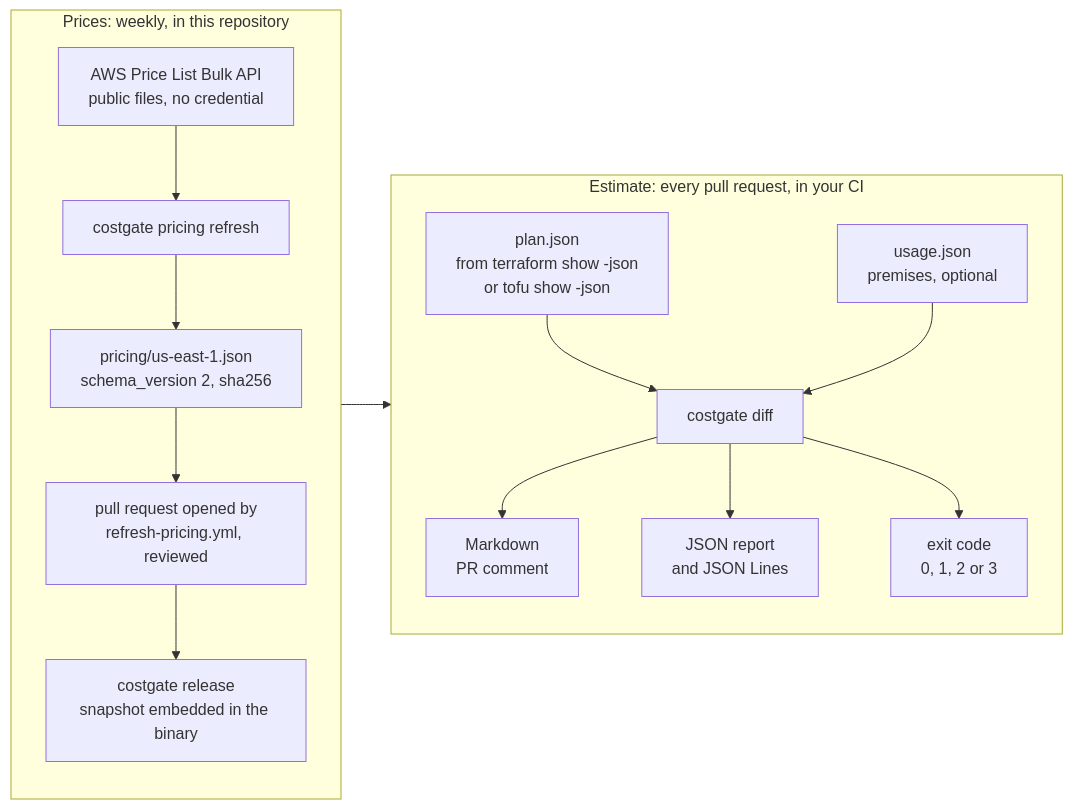
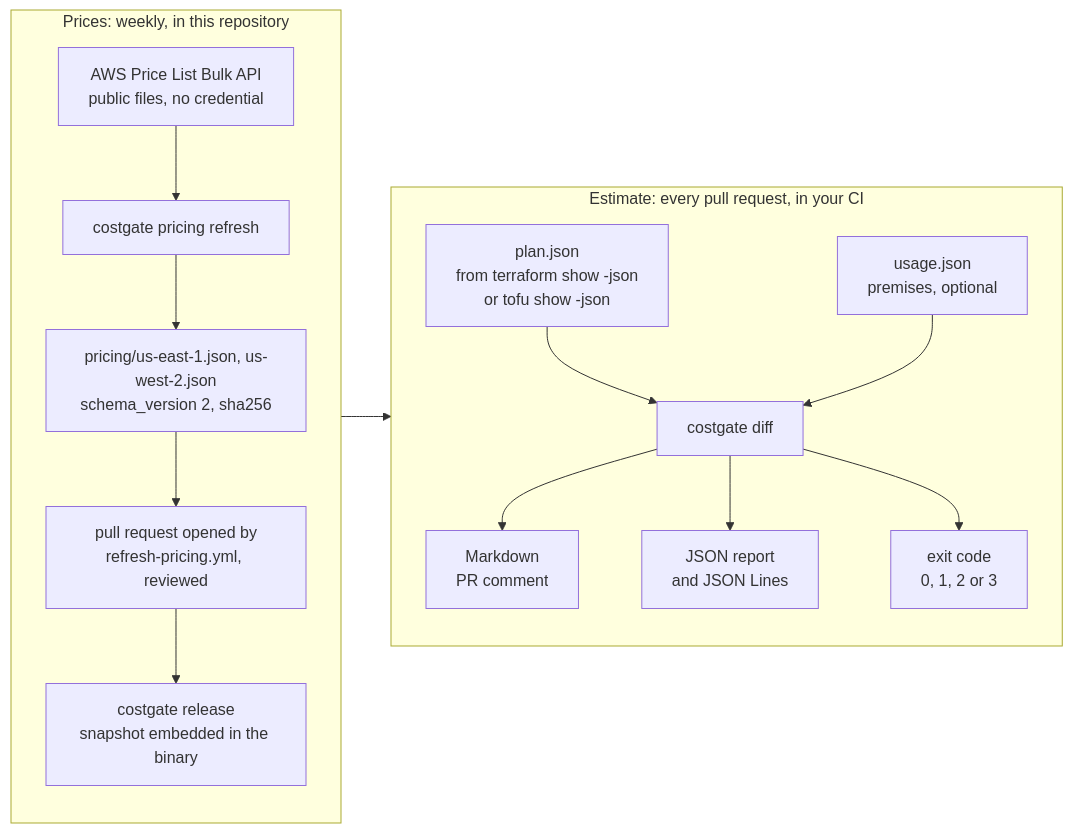
One commit to leosavio/costgate changed the first of 5 diagrams in docs/how-it-works.md. Above: the diagram before and after it, drawn with Mermaid. The commit also changed other lines of this file and 75 other files, not shown here.

````diff
--- a/docs/how-it-works.md
+++ b/docs/how-it-works.md
@@ -16,19 +16,19 @@
 ```mermaid
 flowchart LR
   subgraph prices["Prices: weekly, in this repository"]
     direction TB
     api["AWS Price List Bulk API<br/>public files, no credential"] --> refresh["costgate pricing refresh"]
-    refresh --> snap["pricing/us-east-1.json<br/>schema_version 2, sha256"]
+    refresh --> snap["pricing/us-east-1.json, us-west-2.json<br/>schema_version 2, sha256"]
     snap --> pr["pull request opened by<br/>refresh-pricing.yml, reviewed"]
     pr --> bin["costgate release<br/>snapshot embedded in the binary"]
   end
   subgraph estimate["Estimate: every pull request, in your CI"]
     direction TB
     plan["plan.json<br/>from terraform show -json<br/>or tofu show -json"] --> diff["costgate diff"]
     usage["usage.json<br/>premises, optional"] --> diff
     diff --> md["Markdown<br/>PR comment"]
     diff --> js["JSON report<br/>and JSON Lines"]
     diff --> code["exit code<br/>0, 1, 2 or 3"]
   end
   bin --> diff
 ```
````
